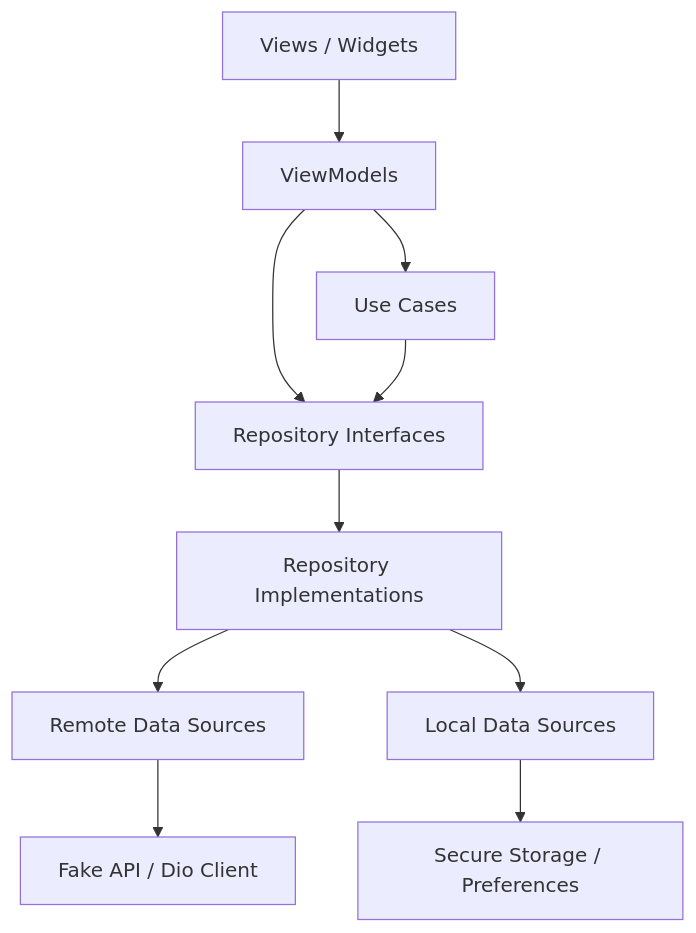
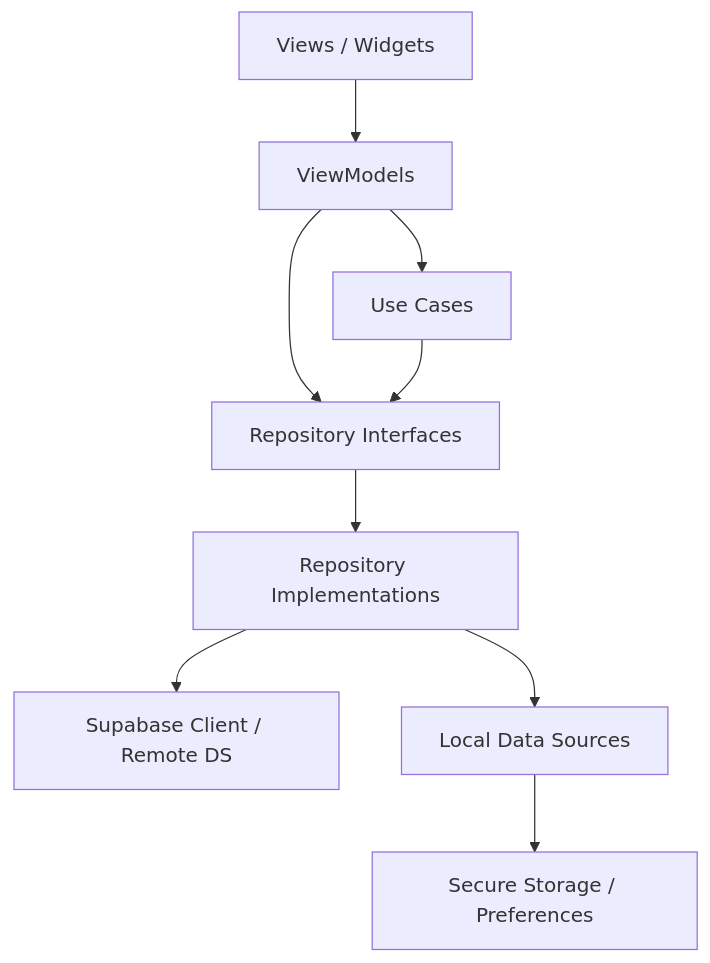
One commit to khanhvo1104/Badminton-Store changed the diagram in README.md. Above: the diagram before and after it, drawn with Mermaid. The commit also changed other lines of this file and 14 other files, not shown here.

````diff
--- a/README.md
+++ b/README.md
@@ -19,12 +39,11 @@
 ```mermaid
 flowchart TD
   V[Views / Widgets] --> VM[ViewModels]
   VM --> UC[Use Cases]
   VM --> RI[Repository Interfaces]
   UC --> RI
   RI --> RImpl[Repository Implementations]
-  RImpl --> RDS[Remote Data Sources]
+  RImpl --> SB[Supabase Client / Remote DS]
   RImpl --> LDS[Local Data Sources]
-  RDS --> Fake[Fake API / Dio Client]
   LDS --> Storage[Secure Storage / Preferences]
 ```
````
